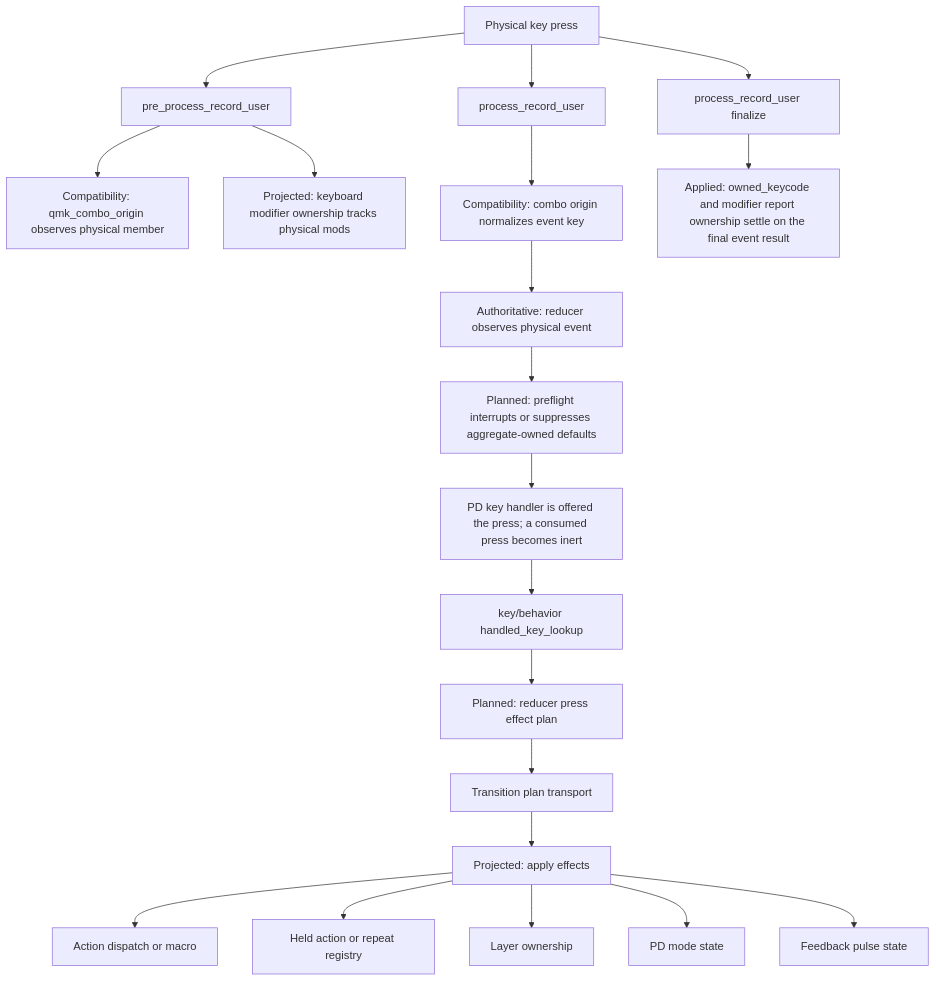
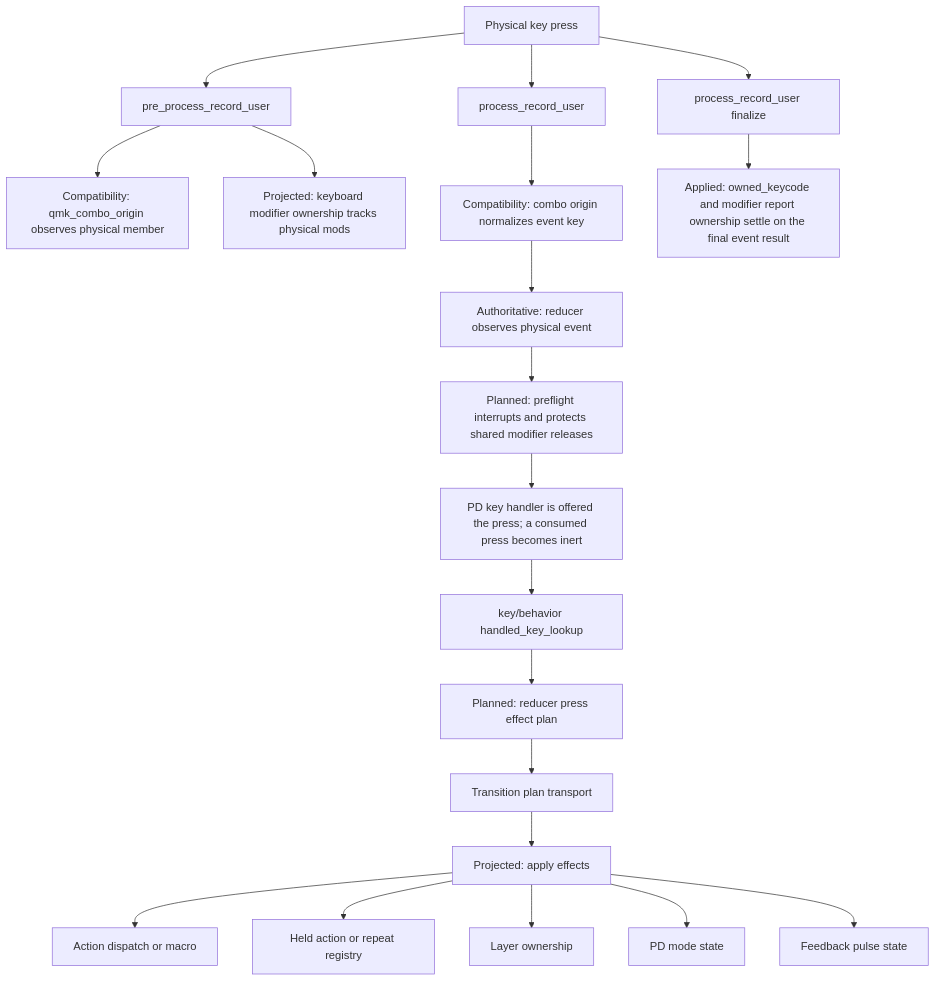
One commit to NoahCLR/charybdis-4x6 changed the second of 11 diagrams in docs/architecture/runtime-flow.md. Above: the diagram before and after it, drawn with Mermaid. The commit also changed other lines of this file and 29 other files, not shown here.

````diff
--- a/docs/architecture/runtime-flow.md
+++ b/docs/architecture/runtime-flow.md
@@ -34,22 +34,22 @@
 ```mermaid
 flowchart TD
     physical["Physical key press"] --> pre_user["pre_process_record_user"]
     pre_user --> origin["Compatibility: qmk_combo_origin observes physical member"]
     pre_user --> mod_track["Projected: keyboard modifier ownership tracks physical mods"]
     physical --> process_user["process_record_user"]
     process_user --> normalize["Compatibility: combo origin normalizes event key"]
     normalize --> observe["Authoritative: reducer observes physical event"]
-    observe --> preflight["Planned: preflight interrupts or suppresses aggregate-owned defaults"]
+    observe --> preflight["Planned: preflight interrupts and protects shared modifier releases"]
     preflight --> pd_handler["PD key handler is offered the press; a consumed press becomes inert"]
     pd_handler --> lookup["key/behavior handled_key_lookup"]
     lookup --> press_plan["Planned: reducer press effect plan"]
     press_plan --> transition["Transition plan transport"]
     transition --> projection["Projected: apply effects"]
     projection --> action["Action dispatch or macro"]
     projection --> held["Held action or repeat registry"]
     projection --> layer["Layer ownership"]
     projection --> pd["PD mode state"]
     projection --> feedback["Feedback pulse state"]
     physical --> finalize["process_record_user finalize"]
     finalize --> report_track["Applied: owned_keycode and modifier report ownership settle on the final event result"]
 ```
````
